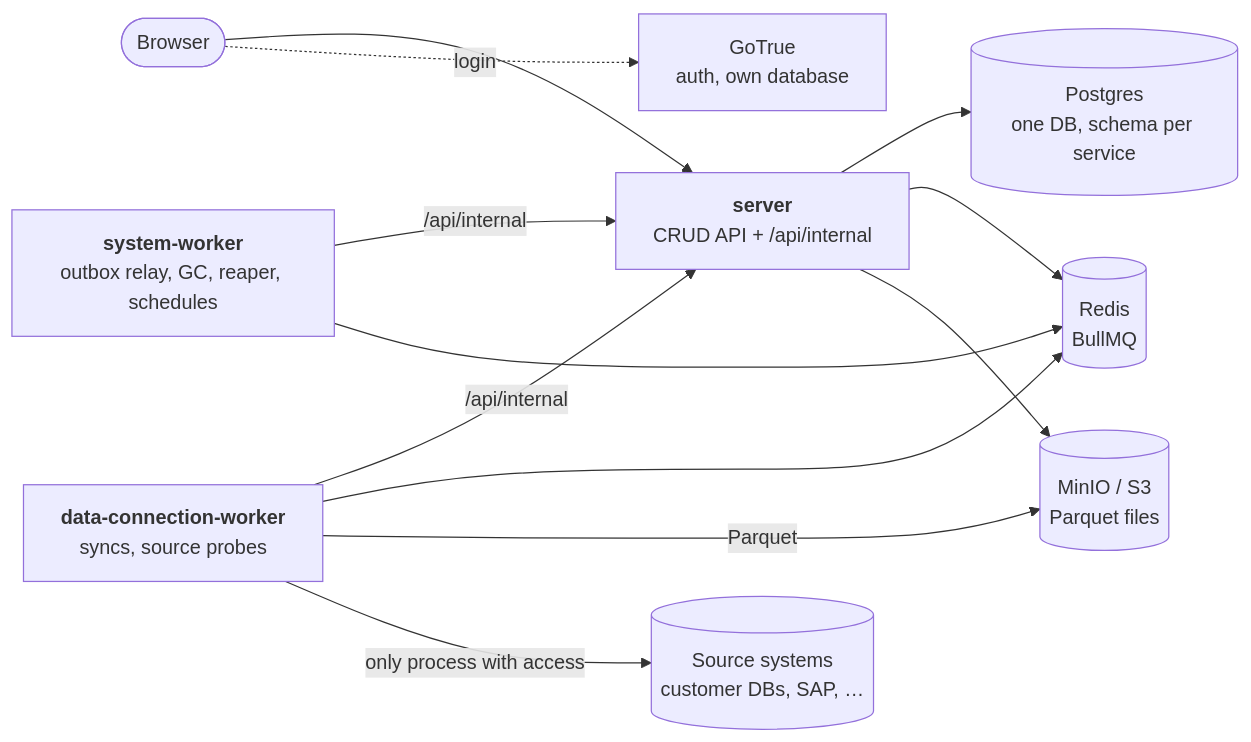
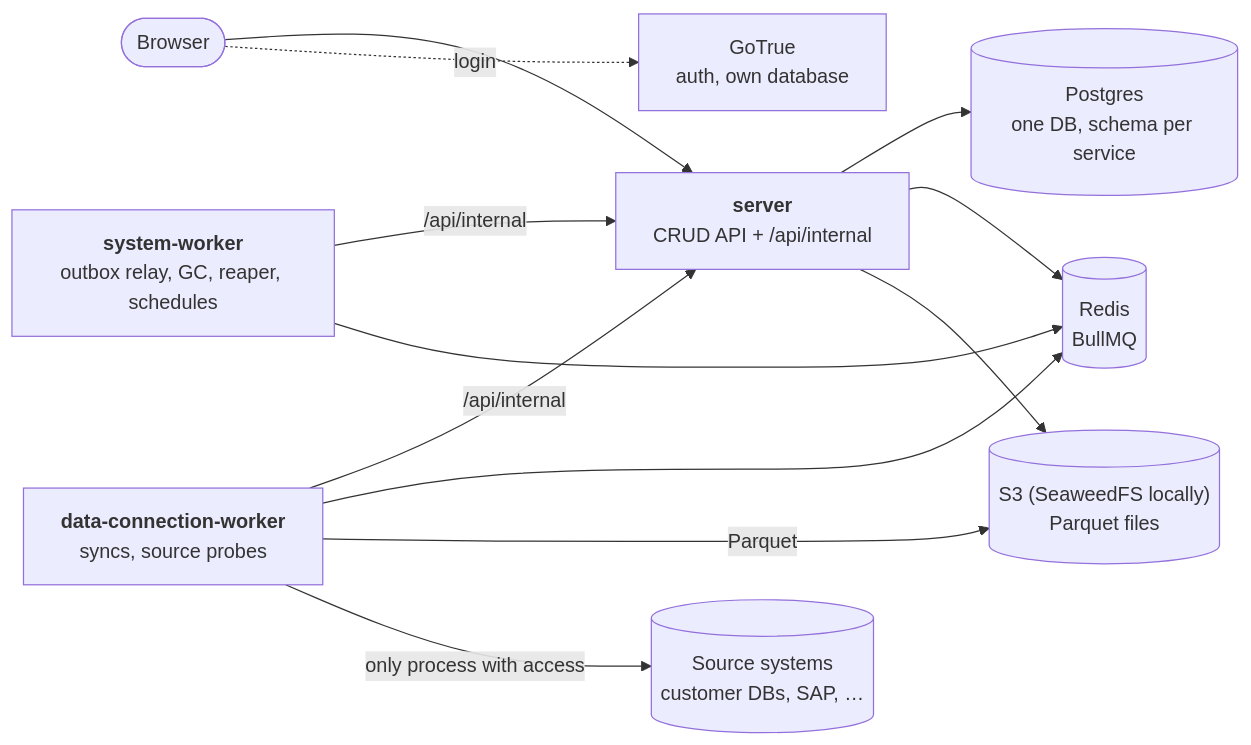
The first of 3 diagrams in docs/design/architecture.md (RolandTeslaru/Quarry), drawn with Mermaid before and after one commit. The commit also changed other lines of this file and 31 other files, not shown here.

````diff
--- a/docs/design/architecture.md
+++ b/docs/design/architecture.md
@@ -13,25 +13,25 @@
 ```mermaid
 flowchart LR
     browser([Browser])
     server["<b>server</b><br/>CRUD API + /api/internal"]
     sync["<b>data-connection-worker</b><br/>syncs, source probes"]
     system["<b>system-worker</b><br/>outbox relay, GC, reaper, schedules"]
 
     pg[("Postgres<br/>one DB, schema per service")]
     redis[("Redis<br/>BullMQ")]
-    s3[("MinIO / S3<br/>Parquet files")]
+    s3[("S3 (SeaweedFS locally)<br/>Parquet files")]
     gotrue["GoTrue<br/>auth, own database"]
     sources[("Source systems<br/>customer DBs, SAP, …")]
 
     browser --> server
     browser -. login .-> gotrue
     server --> pg
     server --> redis
     server --> s3
     sync -- /api/internal --> server
     system -- /api/internal --> server
     sync --> redis
     system --> redis
     sync -- Parquet --> s3
     sync -- only process with access --> sources
 ```
````
